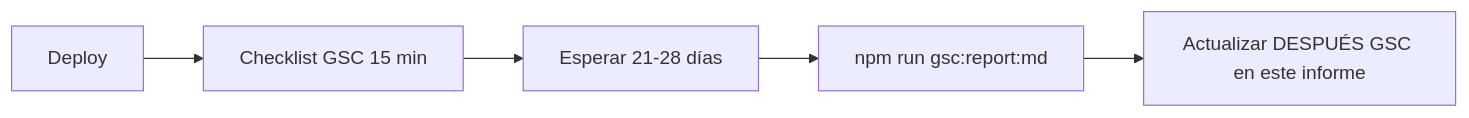
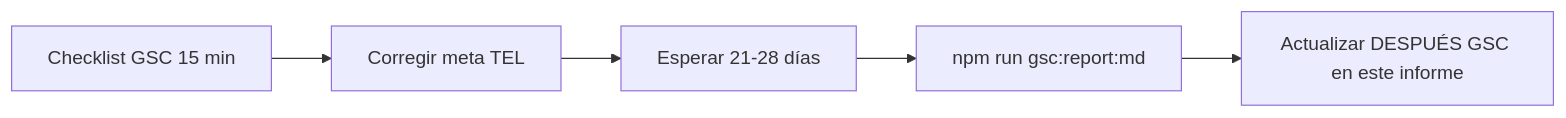
Before and after one commit to gpedrosad/katia: the diagram in docs/informe-ejecucion-seo-2026-05-20.md, drawn with Mermaid. The commit also changed other lines of this file and 14 other files, not shown here.

````diff
--- a/docs/informe-ejecucion-seo-2026-05-20.md
+++ b/docs/informe-ejecucion-seo-2026-05-20.md
@@ -260,7 +268,7 @@
 ```mermaid
 flowchart LR
-  A[Deploy] --> B[Checklist GSC 15 min]
+  A[Checklist GSC 15 min] --> B[Corregir meta TEL]
   B --> C[Esperar 21-28 días]
   C --> D[npm run gsc:report:md]
   D --> E[Actualizar DESPUÉS GSC en este informe]
 ```
````
